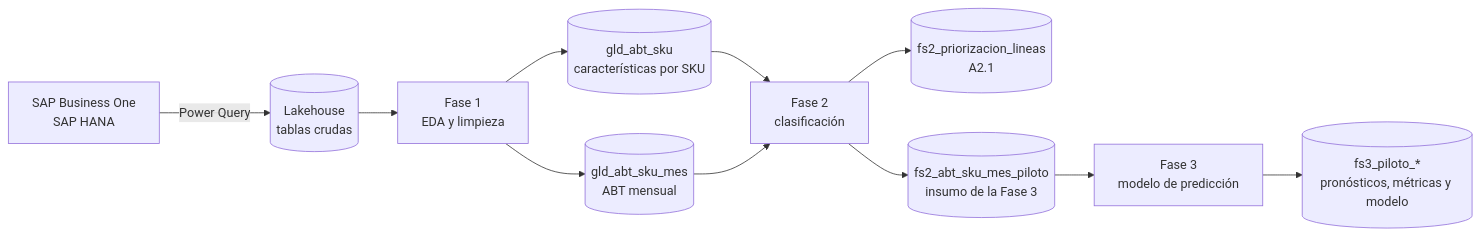
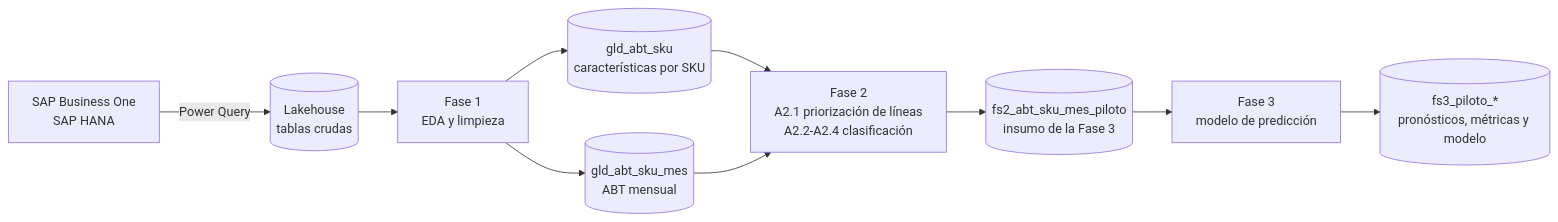
One commit to garena123escar/Tesis-Maestria changed the diagram in README.md. Above: the diagram before and after it, drawn with Mermaid. The commit also changed other lines of this file, not shown here.

Commit message:
README: un notebook por fase

````diff
--- a/README.md
+++ b/README.md
@@ -30,13 +30,12 @@
 ```mermaid
 flowchart LR
     A[SAP Business One<br/>SAP HANA] -->|Power Query| B[(Lakehouse<br/>tablas crudas)]
     B --> C[Fase 1<br/>EDA y limpieza]
     C --> D[(gld_abt_sku_mes<br/>ABT mensual)]
     C --> E[(gld_abt_sku<br/>características por SKU)]
-    E --> F[Fase 2<br/>clasificación]
+    E --> F[Fase 2<br/>A2.1 priorización de líneas<br/>A2.2-A2.4 clasificación]
     D --> F
-    F --> P[(fs2_priorizacion_lineas<br/>A2.1)]
     F --> G[(fs2_abt_sku_mes_piloto<br/>insumo de la Fase 3)]
     G --> H[Fase 3<br/>modelo de predicción]
     H --> I[(fs3_piloto_*<br/>pronósticos, métricas y modelo)]
 ```
````
